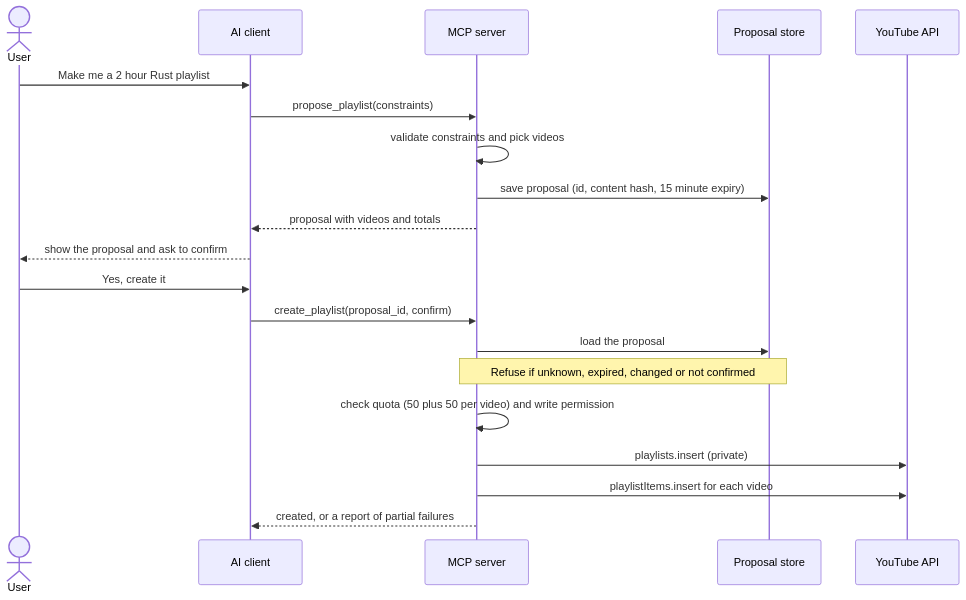
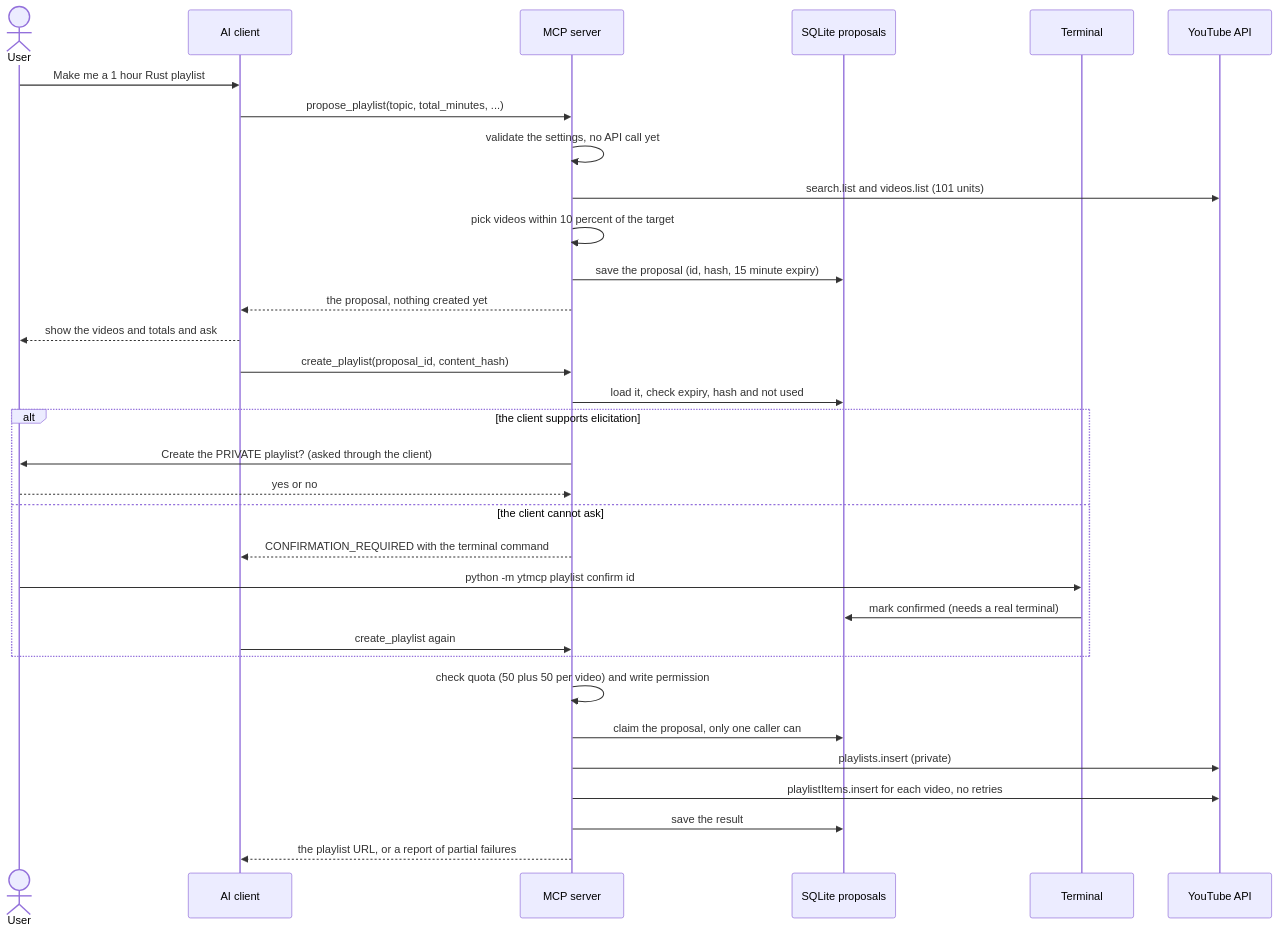
Before and after one commit to Chris-ops4573/Youtube_MCP_Server: the fourth of 5 diagrams in docs/Areas/Design Sequences.md, drawn with Mermaid. The commit also changed other lines of this file and 30 other files, not shown here.

````diff
--- a/docs/Areas/Design Sequences.md
+++ b/docs/Areas/Design Sequences.md
@@ -107,22 +107,34 @@
 ```mermaid
 sequenceDiagram
   actor U as User
   participant AI as AI client
   participant S as MCP server
-  participant P as Proposal store
+  participant DB as SQLite proposals
+  participant T as Terminal
   participant G as YouTube API
-  U->>AI: Make me a 2 hour Rust playlist
-  AI->>S: propose_playlist(constraints)
-  S->>S: validate constraints and pick videos
-  S->>P: save proposal (id, content hash, 15 minute expiry)
-  S-->>AI: proposal with videos and totals
-  AI-->>U: show the proposal and ask to confirm
-  U->>AI: Yes, create it
-  AI->>S: create_playlist(proposal_id, confirm)
-  S->>P: load the proposal
-  Note over S,P: Refuse if unknown, expired, changed or not confirmed
+  U->>AI: Make me a 1 hour Rust playlist
+  AI->>S: propose_playlist(topic, total_minutes, ...)
+  S->>S: validate the settings, no API call yet
+  S->>G: search.list and videos.list (101 units)
+  S->>S: pick videos within 10 percent of the target
+  S->>DB: save the proposal (id, hash, 15 minute expiry)
+  S-->>AI: the proposal, nothing created yet
+  AI-->>U: show the videos and totals and ask
+  AI->>S: create_playlist(proposal_id, content_hash)
+  S->>DB: load it, check expiry, hash and not used
+  alt the client supports elicitation
+    S->>U: Create the PRIVATE playlist? (asked through the client)
+    U-->>S: yes or no
+  else the client cannot ask
+    S-->>AI: CONFIRMATION_REQUIRED with the terminal command
+    U->>T: python -m ytmcp playlist confirm id
+    T->>DB: mark confirmed (needs a real terminal)
+    AI->>S: create_playlist again
+  end
   S->>S: check quota (50 plus 50 per video) and write permission
+  S->>DB: claim the proposal, only one caller can
   S->>G: playlists.insert (private)
-  S->>G: playlistItems.insert for each video
-  S-->>AI: created, or a report of partial failures
+  S->>G: playlistItems.insert for each video, no retries
+  S->>DB: save the result
+  S-->>AI: the playlist URL, or a report of partial failures
 ```
````
